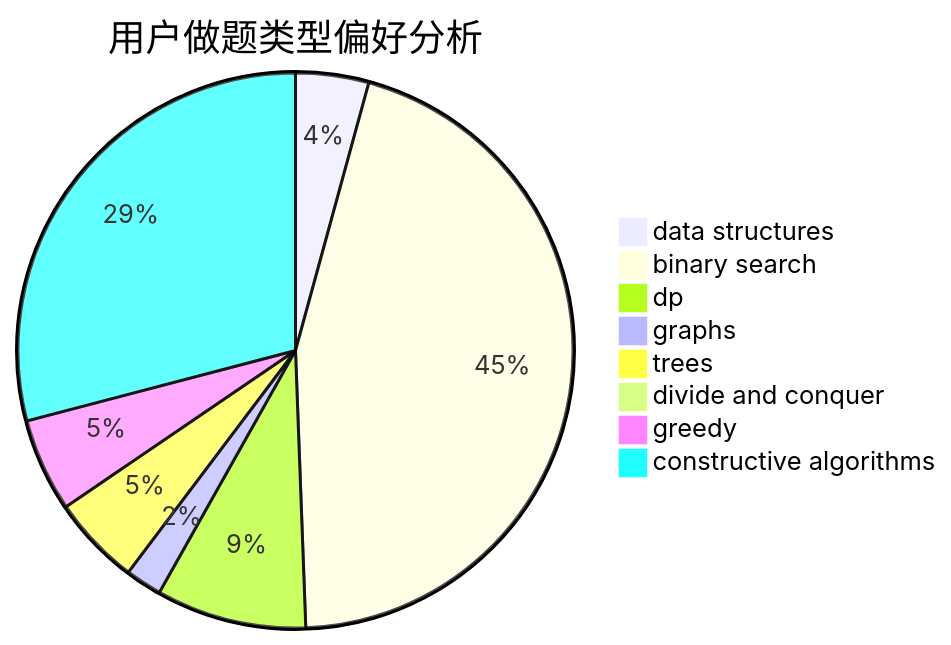
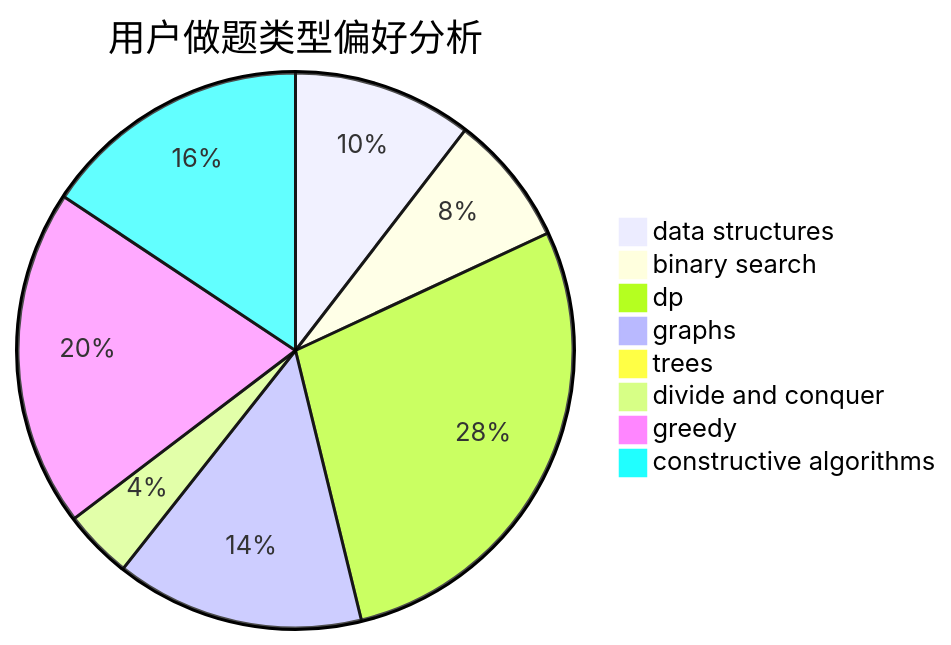
One commit to sherpahu/cfrs.github.io changed the second of 3 diagrams in docs/user/u1579.md. Above: the diagram before and after it, drawn with Mermaid. The commit also changed other lines of this file and 2770 other files, not shown here.

````diff
--- a/docs/user/u1579.md
+++ b/docs/user/u1579.md
@@ -23,11 +23,11 @@
 ```mermaid
 pie title 用户做题类型偏好分析
-    "data structures" :  18
-    "binary search" :  191
-    "dp" :  37
-    "graphs" :  9
-    "trees" :  22
-    "divide and conquer" :  0
-    "greedy" :  23
-    "constructive algorithms" :  123
+    "data structures" :  26
+    "binary search" :  19
+    "dp" :  70
+    "graphs" :  36
+    "trees" :  0
+    "divide and conquer" :  10
+    "greedy" :  49
+    "constructive algorithms" :  39
 ```
````
